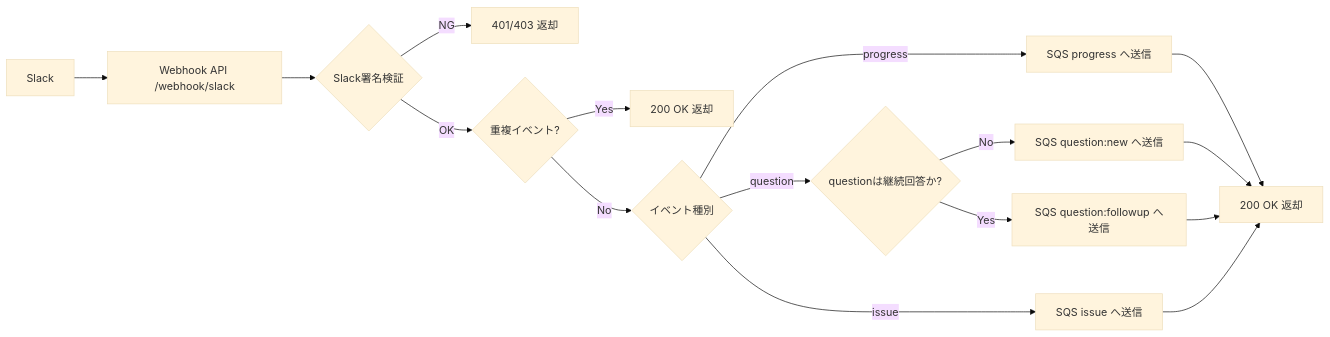
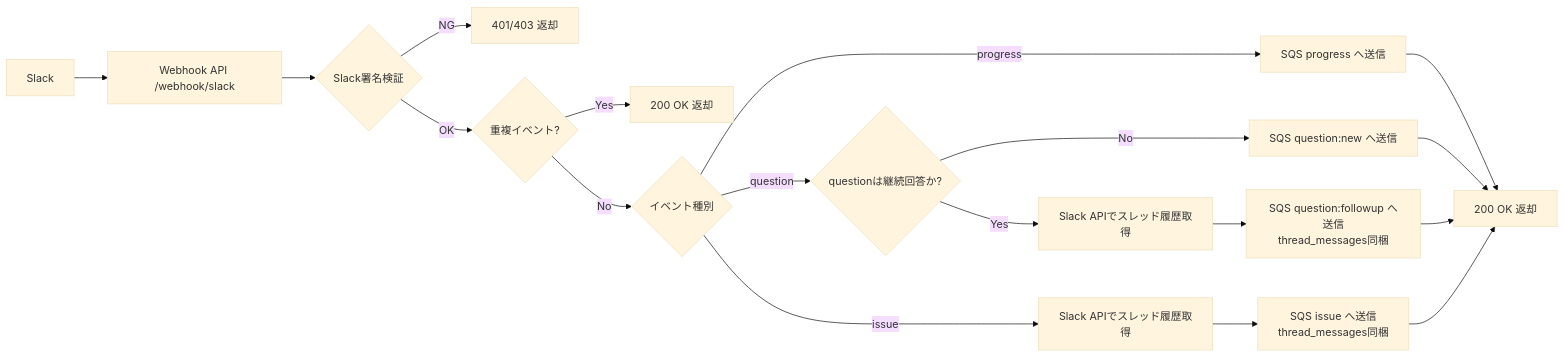
Before and after one commit to Asheze1127/progress-checker: the first of 10 diagrams in docs/details/process-flow.md, drawn with Mermaid (base theme). The commit also changed other lines of this file, not shown here.

Commit message:
update process flow

````diff
--- a/docs/details/process-flow.md
+++ b/docs/details/process-flow.md
@@ -24,22 +25,24 @@
 ```mermaid
 flowchart LR
     S[Slack] --> API[Webhook API /webhook/slack]
     API --> V{Slack署名検証}
     V -->|NG| E1[401/403 返却]
     V -->|OK| D{重複イベント?}
     D -->|Yes| A1[200 OK 返却]
     D -->|No| R{イベント種別}
 
     R -->|progress| QP[SQS progress へ送信]
 
     R -->|question| QCHK{questionは継続回答か?}
     QCHK -->|No| QN[SQS question:new へ送信]
-    QCHK -->|Yes| QF[SQS question:followup へ送信]
+    QCHK -->|Yes| QH[Slack APIでスレッド履歴取得]
+    QH --> QF[SQS question:followup へ送信<br/>thread_messages同梱]
 
-    R -->|issue| QI[SQS issue へ送信]
+    R -->|issue| IH[Slack APIでスレッド履歴取得]
+    IH --> QI[SQS issue へ送信<br/>thread_messages同梱]
 
     QP --> A2[200 OK 返却]
     QN --> A2
     QF --> A2
     QI --> A2
 ```
````
